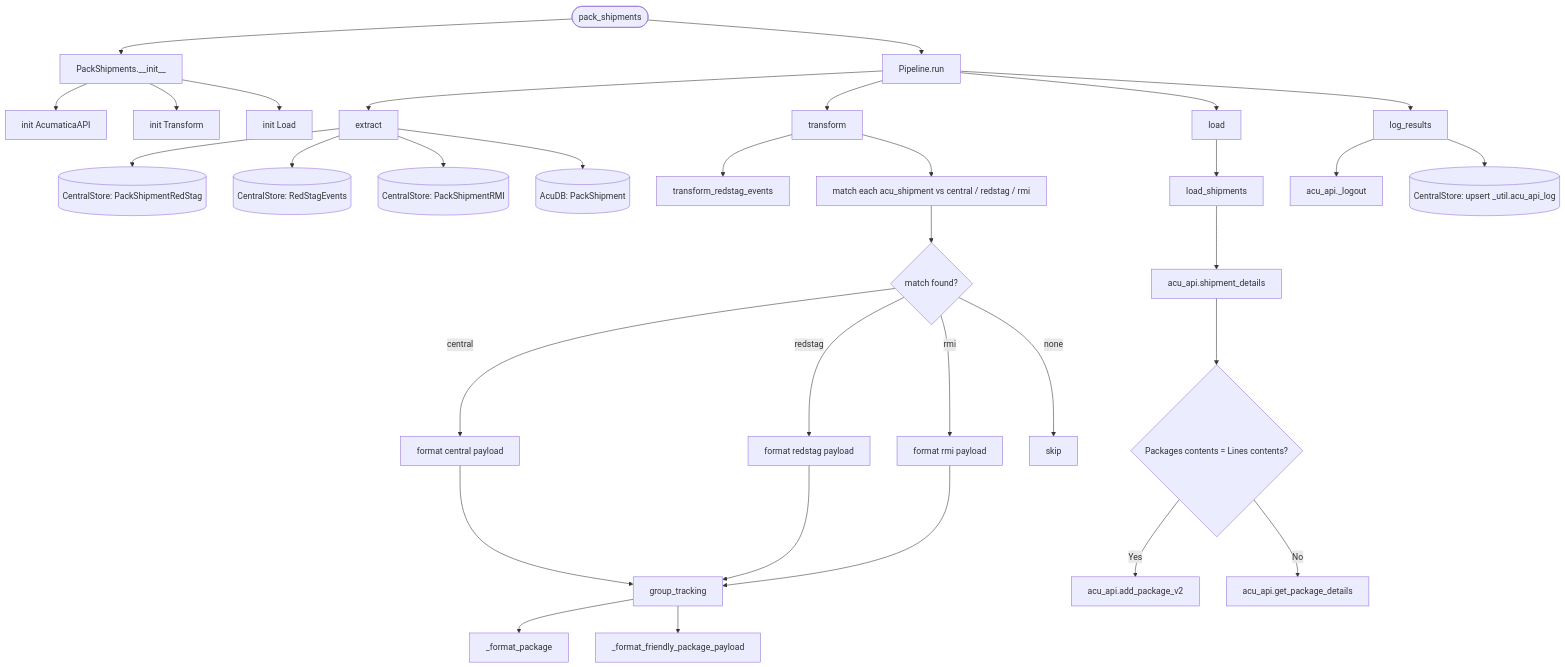
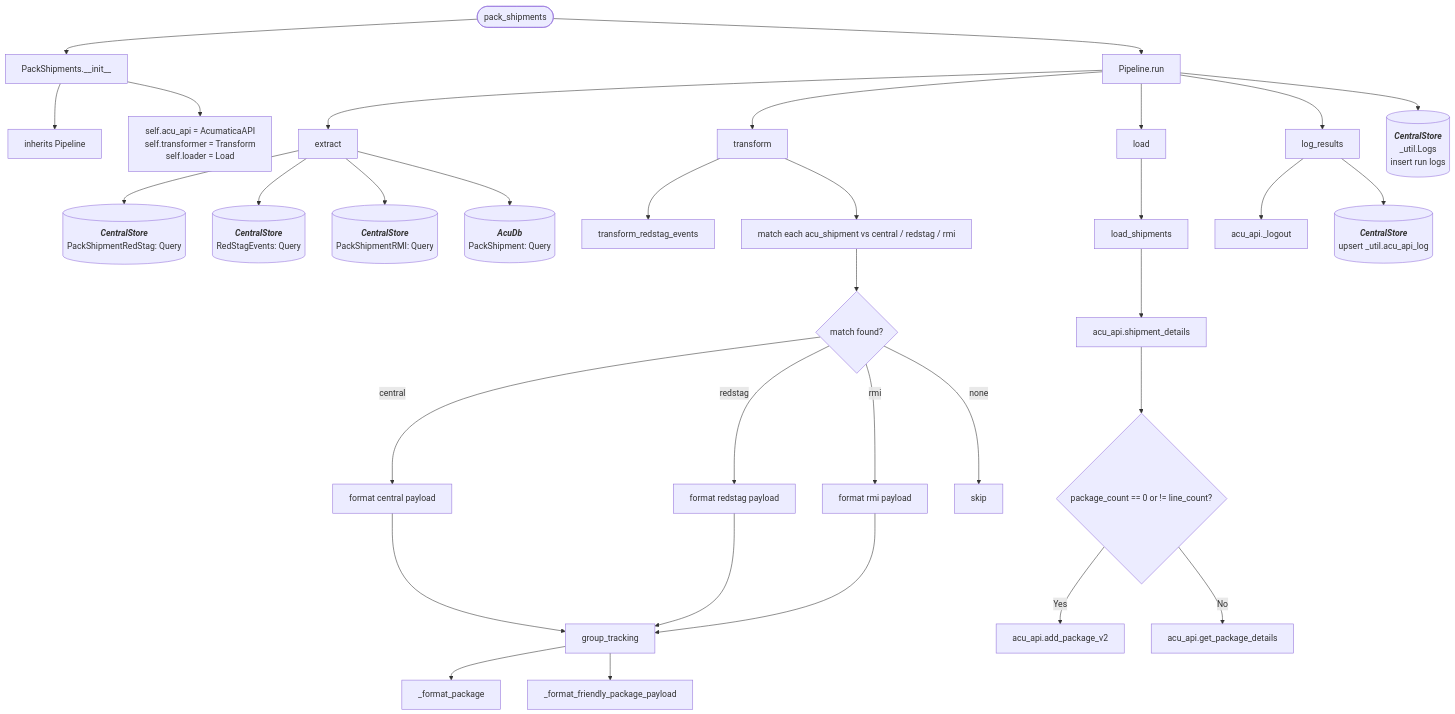
One commit to journeyhl/integration-platform changed the diagram in docs/functions/pack_shipments.md. Above: the diagram before and after it, drawn with Mermaid. The commit also changed 42 other files, not shown here.

````diff
--- a/docs/functions/pack_shipments.md
+++ b/docs/functions/pack_shipments.md
@@ -30,38 +29,60 @@
 ```mermaid
 %%{init: {"flowchart": {"wrappingWidth": 400}}}%%
 flowchart TD
     A([pack_shipments]) --> B[PackShipments.__init__]
-    B --> B1[init AcumaticaAPI]
-    B --> B2[init Transform]
-    B --> B3[init Load]
+    B --> B1[inherits Pipeline]
+    B --> B2[
+        self.acu_api = AcumaticaAPI
+        self.transformer = Transform
+        self.loader = Load
+    ]
     A --> RUN[Pipeline.run]
 
     RUN --> EX[extract]
-    EX --> D1[(CentralStore: PackShipmentRedStag)]
-    EX --> D2[(CentralStore: RedStagEvents)]
-    EX --> D3[(CentralStore: PackShipmentRMI)]
-    EX --> D4[(AcuDB: PackShipment)]
+    EX --> D1[(
+        <b><i>CentralStore</i></b>
+        PackShipmentRedStag: Query
+    )]
+    EX --> D2[(
+        <b><i>CentralStore</i></b>
+        RedStagEvents: Query
+    )]
+    EX --> D3[(
+        <b><i>CentralStore</i></b>
+        PackShipmentRMI: Query
+    )]
+    EX --> D4[(
+        <b><i>AcuDb</i></b>
+        PackShipment: Query
+    )]
 
     RUN --> TR[transform]
     TR --> T1[transform_redstag_events]
     TR --> T2[match each acu_shipment vs central / redstag / rmi]
     T2 --> MATCH{match found?}
     MATCH -->|central| M1[format central payload]
     MATCH -->|redstag| M2[format redstag payload]
     MATCH -->|rmi| M3[format rmi payload]
     MATCH -->|none| SKIP[skip]
     M1 & M2 & M3 --> GT[group_tracking]
     GT --> FP[_format_package]
     GT --> FFP[_format_friendly_package_payload]
 
     RUN --> LD[load]
     LD --> LS[load_shipments]
     LS --> SD[acu_api.shipment_details]
-    SD --> PKG{Packages contents = Lines contents?}
+    SD --> PKG{package_count == 0 or != line_count?}
     PKG -->|Yes| AP[acu_api.add_package_v2]
     PKG -->|No| GP[acu_api.get_package_details]
 
     RUN --> LR[log_results]
     LR --> LO[acu_api._logout]
-    LR --> UPS[(CentralStore: upsert _util.acu_api_log)]
+    LR --> UPS[(
+        <b><i>CentralStore</i></b>
+        upsert _util.acu_api_log
+    )]
+    RUN --> LOGS[(
+        <b><i>CentralStore</i></b>
+        _util.Logs<br/>insert run logs
+    )]
 ```
````
